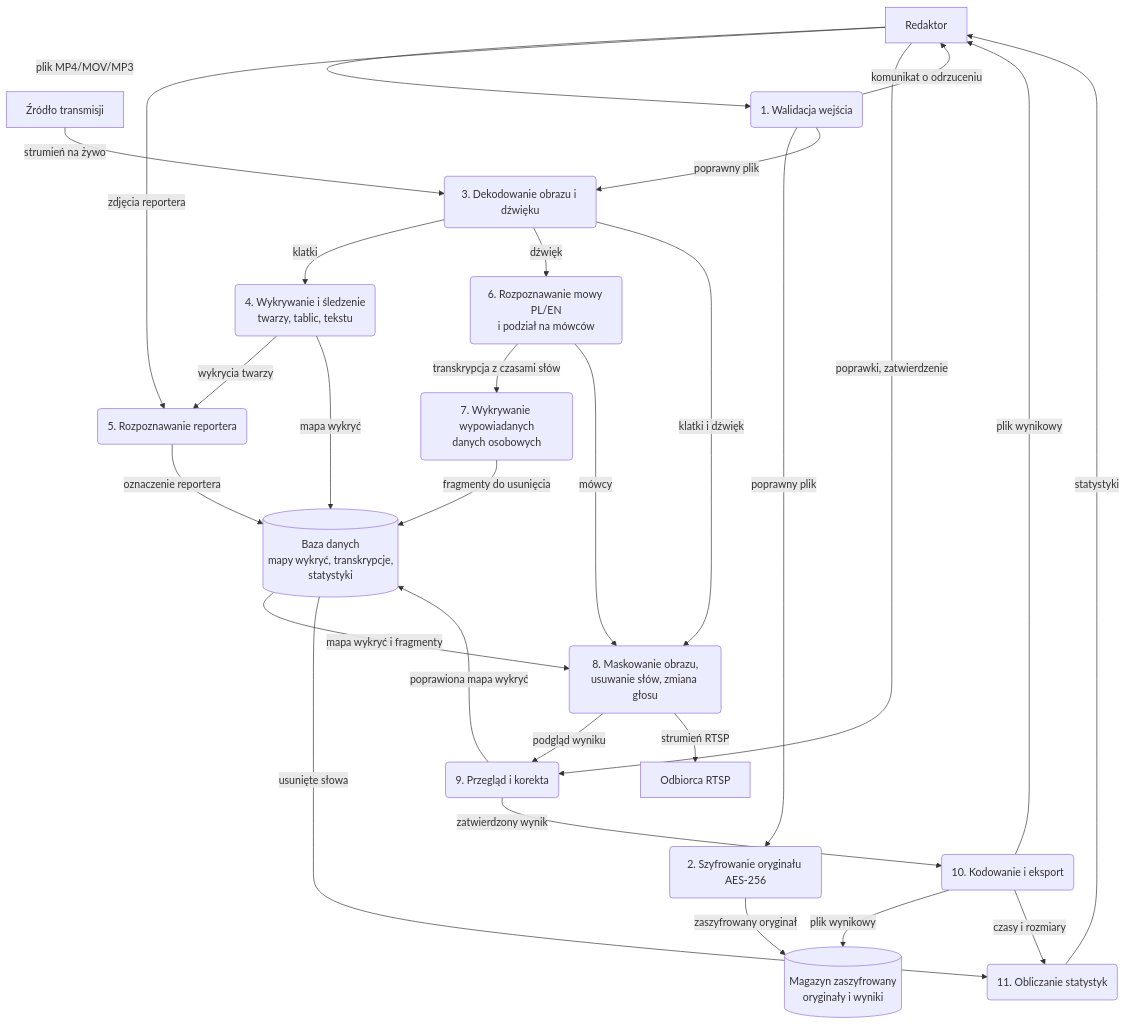
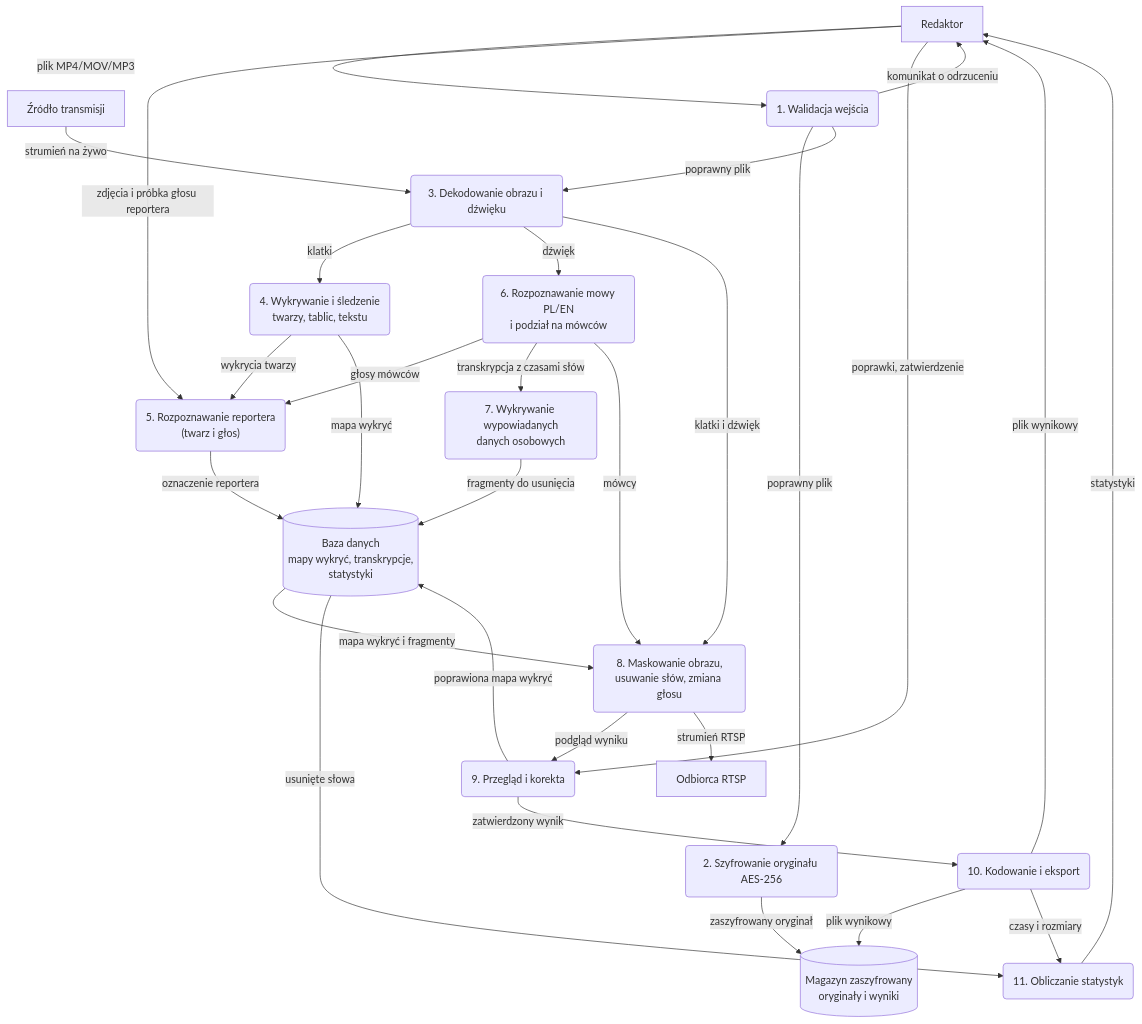
Before and after one commit to Woneruz/IO_Projekt: the second of 4 diagrams in docs/DIW.md, drawn with Mermaid. The commit also changed other lines of this file, not shown here.

Commit message:
Profil glosu reportera, transmisja na zywo w pelni automatyczna

````diff
--- a/docs/DIW.md
+++ b/docs/DIW.md
@@ -424,49 +427,50 @@
 ```mermaid
 flowchart TB
     RED["Redaktor"]
     ZRT["Źródło transmisji"]
     ODB["Odbiorca RTSP"]
 
     P1("1. Walidacja wejścia")
     P2("2. Szyfrowanie oryginału AES-256")
     P3("3. Dekodowanie obrazu i dźwięku")
     P4("4. Wykrywanie i śledzenie<br/>twarzy, tablic, tekstu")
-    P5("5. Rozpoznawanie reportera")
+    P5("5. Rozpoznawanie reportera<br/>(twarz i głos)")
     P6("6. Rozpoznawanie mowy PL/EN<br/>i podział na mówców")
     P7("7. Wykrywanie wypowiadanych<br/>danych osobowych")
     P8("8. Maskowanie obrazu,<br/>usuwanie słów, zmiana głosu")
     P9("9. Przegląd i korekta")
     P10("10. Kodowanie i eksport")
     P11("11. Obliczanie statystyk")
 
     D1[("Magazyn zaszyfrowany<br/>oryginały i wyniki")]
     D2[("Baza danych<br/>mapy wykryć, transkrypcje,<br/>statystyki")]
 
     RED -->|"plik MP4/MOV/MP3"| P1
     P1 -->|"komunikat o odrzuceniu"| RED
     P1 -->|"poprawny plik"| P2
     P2 -->|"zaszyfrowany oryginał"| D1
     P1 -->|"poprawny plik"| P3
     ZRT -->|"strumień na żywo"| P3
-    RED -->|"zdjęcia reportera"| P5
+    RED -->|"zdjęcia i próbka głosu reportera"| P5
     P3 -->|"klatki"| P4
     P4 -->|"wykrycia twarzy"| P5
+    P6 -->|"głosy mówców"| P5
     P4 -->|"mapa wykryć"| D2
     P5 -->|"oznaczenie reportera"| D2
     P3 -->|"dźwięk"| P6
     P6 -->|"transkrypcja z czasami słów"| P7
     P6 -->|"mówcy"| P8
     P7 -->|"fragmenty do usunięcia"| D2
     D2 -->|"mapa wykryć i fragmenty"| P8
     P3 -->|"klatki i dźwięk"| P8
     P8 -->|"podgląd wyniku"| P9
     RED -->|"poprawki, zatwierdzenie"| P9
     P9 -->|"poprawiona mapa wykryć"| D2
     P9 -->|"zatwierdzony wynik"| P10
     P10 -->|"plik wynikowy"| D1
     P10 -->|"plik wynikowy"| RED
     P8 -->|"strumień RTSP"| ODB
     P10 -->|"czasy i rozmiary"| P11
     D2 -->|"usunięte słowa"| P11
     P11 -->|"statystyki"| RED
 ```
````
